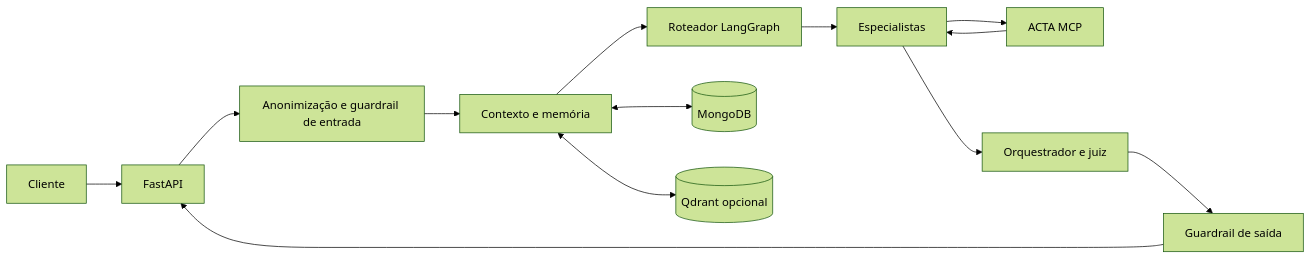
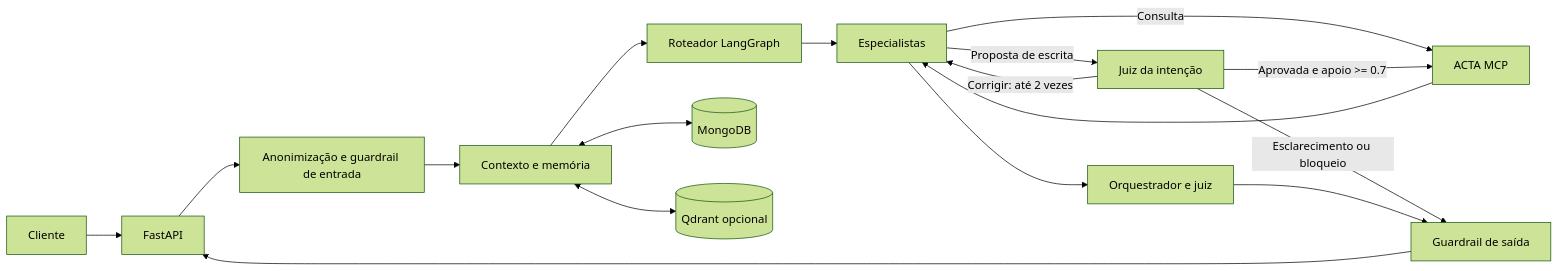
Before and after one commit to AppActa/acta-ai: the diagram in README.md, drawn with Mermaid (forest theme). The commit also changed other lines of this file and 31 other files, not shown here.

````diff
--- a/README.md
+++ b/README.md
@@ -25,15 +25,19 @@
 ```mermaid
 flowchart LR
     U[Cliente] --> API[FastAPI]
     API --> IN[Anonimização e guardrail de entrada]
     IN --> MEM[Contexto e memória]
     MEM --> R[Roteador LangGraph]
     R --> ESP[Especialistas]
-    ESP --> MCP[ACTA MCP]
+    ESP -->|Consulta| MCP[ACTA MCP]
+    ESP -->|Proposta de escrita| JI[Juiz da intenção]
+    JI -->|Aprovada e apoio >= 0.7| MCP
+    JI -->|Corrigir: até 2 vezes| ESP
+    JI -->|Esclarecimento ou bloqueio| OUT
     MCP --> ESP
     ESP --> J[Orquestrador e juiz]
     J --> OUT[Guardrail de saída]
     OUT --> API
     MEM <--> M[(MongoDB)]
     MEM <--> Q[(Qdrant opcional)]
 ```
````
